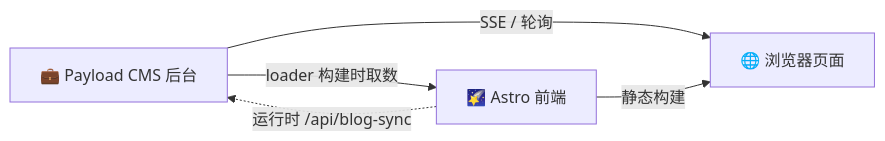
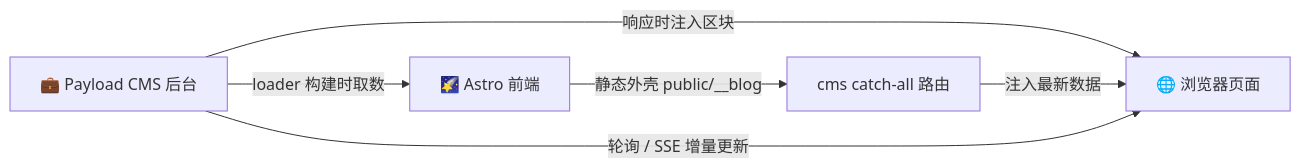
Before and after one commit to xiaoleng-ros/cloud-blog: the diagram in README.md, drawn with Mermaid. The commit also changed other lines of this file and 17 other files, not shown here.

````diff
--- a/README.md
+++ b/README.md
@@ -74,7 +80,8 @@
 ```mermaid
 flowchart LR
-  B[💼 Payload CMS 后台] -->|SSE / 轮询| D[🌐 浏览器页面]
+  B[💼 Payload CMS 后台] -->|响应时注入区块| D[🌐 浏览器页面]
   B -->|loader 构建时取数| A[🌠 Astro 前端]
-  A -->|静态构建| D
-  A -.->|运行时 /api/blog-sync| B
+  A -->|静态外壳 public/__blog| C[cms catch-all 路由]
+  C -->|注入最新数据| D
+  B -->|轮询 / SSE 增量更新| D
 ```
````
